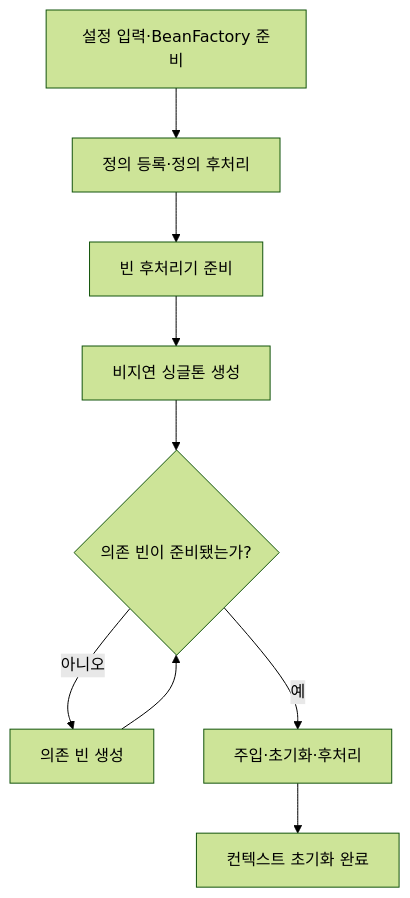
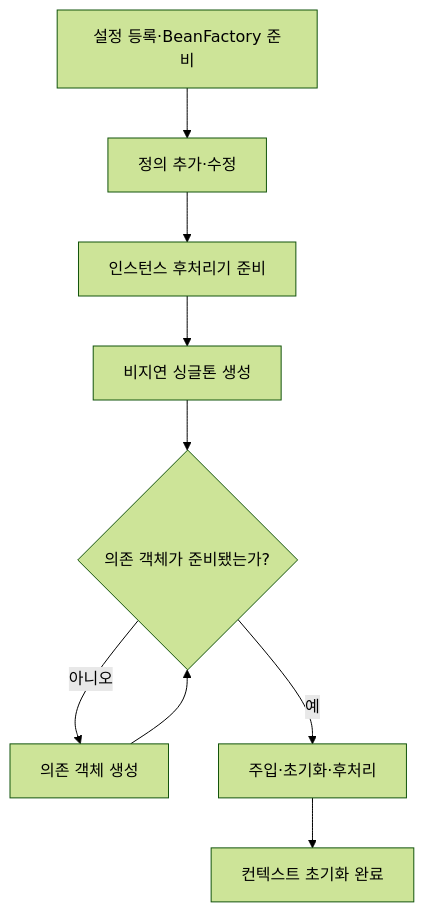
One commit to cxuxmxx/worklog changed the first of 3 diagrams in spring/container-bean-lifecycle.md. Above: the diagram before and after it, drawn with Mermaid (forest theme). The commit also changed other lines of this file, not shown here.

Commit message:
docs: rewrite bean lifecycle chapters as cohesive explanatory prose

````diff
--- a/spring/container-bean-lifecycle.md
+++ b/spring/container-bean-lifecycle.md
@@ -135,11 +142,11 @@
 ```mermaid
 flowchart TD
-    A["설정 입력·BeanFactory 준비"] --> B["정의 등록·정의 후처리"]
-    B --> C["빈 후처리기 준비"]
+    A["설정 등록·BeanFactory 준비"] --> B["정의 추가·수정"]
+    B --> C["인스턴스 후처리기 준비"]
     C --> D["비지연 싱글톤 생성"]
-    D --> E{"의존 빈이 준비됐는가?"}
-    E -->|"아니오"| F["의존 빈 생성"]
+    D --> E{"의존 객체가 준비됐는가?"}
+    E -->|"아니오"| F["의존 객체 생성"]
     F --> E
     E -->|"예"| G["주입·초기화·후처리"]
     G --> H["컨텍스트 초기화 완료"]
 ```
````
